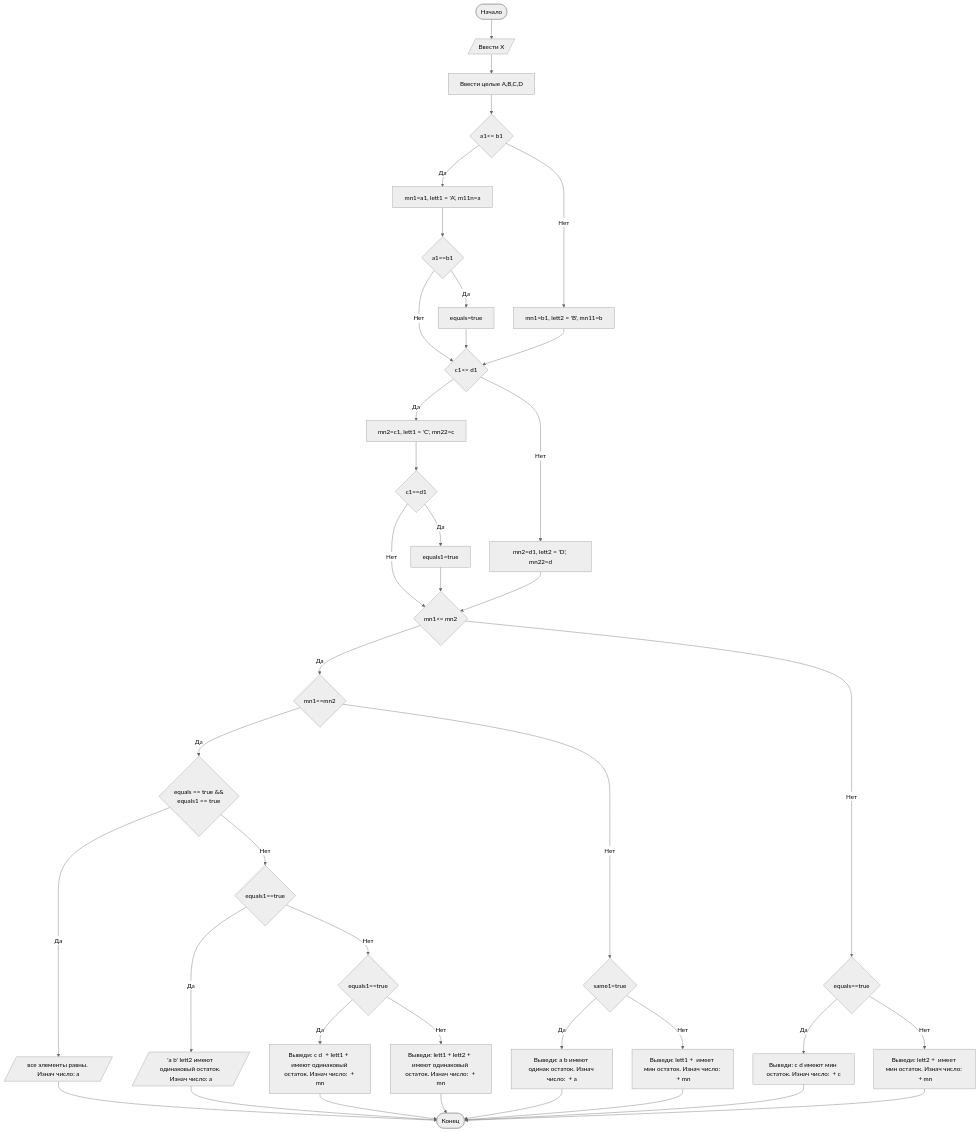
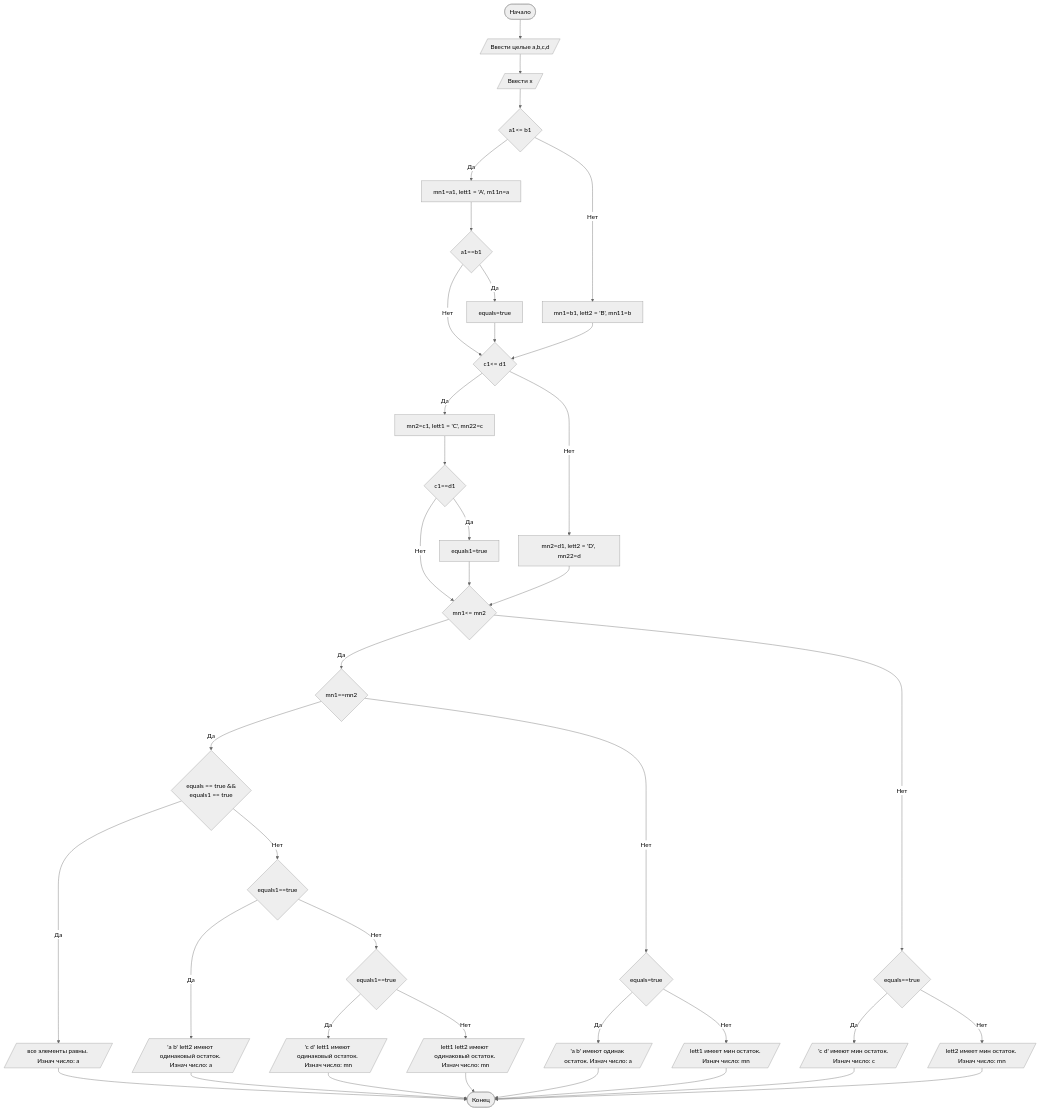
One commit to vadimrahma123/Lab1 changed the diagram in README.md. Above: the diagram before and after it, drawn with Mermaid (neutral theme).

````diff
--- a/README.md
+++ b/README.md
@@ -96,42 +96,42 @@
 ```mermaid
 graph TD
- A([Начало]) --> B[/Ввести X/]
- B --> D[Ввести целые A,B,C,D]
+ A([Начало]) --> B[/Ввести целые a,b,c,d/]
+ B --> D[/Ввести x/]
  D --> F{a1<= b1}
  F -- "Да" --> F3[mn1=a1,  lett1 = 'A', m11n=a]
  F -- "Нет" --> F4[mn1=b1, lett2 = 'B', mn11=b]
  F3 --> F1{a1==b1}
  F1 -- "Да" --> F2[equals=true]
  F1 -- "Нет" --> G{с1<= d1}
  F2 --> G
  F4 --> G
  G -- "Да" --> G3[mn2=c1, lett1 = 'C', mn22=c]
  G -- "Нет" --> G4[mn2=d1, lett2 = 'D', mn22=d]
  G3 --> G1{c1==d1}
  G1 -- "Да" --> G2[equals1=true]
  G1 -- "Нет" --> K{mn1<= mn2}
  G2 --> K
  G4 --> K
  K -- "Да" --> K1{mn1==mn2}
  K1 -- "Да" --> K2{equals == true && </br> equals1 == true}
  K2 -- "Да" --> P1[/все элементы равны. Изнач число: a/]
  K2 -- "Нет" --> K4{equals1==true}
  K4 -- "Да" --> P2[/'a b' lett2 имеют одинаковый остаток. Изнач число: a/]
  K4 -- "Нет" --> K5{equals1==true}
- K5 -- "Да" --> P3[Выведи: c d  + lett1 +  имеют одинаковый остаток. Изнач число:  + mn]
- K5 -- "Нет" --> P4[Выведи: lett1 + lett2 +  имеют одинаковый остаток. Изнач число:  + mn]
- K1 -- "Нет" --> K7{same1=true}
- K7 -- "Да" --> P7[Выведи: a b имеют одинак остаток. Изнач число:  + a]
- K7 -- "Нет" --> P8[Выведи: lett1 +  имеет мин остаток. Изнач число:  + mn]
+ K5 -- "Да" --> P3[/'c d' lett1 имеют одинаковый остаток. Изнач число: mn/]
+ K5 -- "Нет" --> P4[/lett1 lett2 имеют одинаковый остаток. Изнач число: mn/]
+ K1 -- "Нет" --> K7{equals=true}
+ K7 -- "Да" --> P7[/'a b' имеют одинак остаток. Изнач число: a/]
+ K7 -- "Нет" --> P8[/lett1 имеет мин остаток. Изнач число: mn/]
  K -- "Нет" --> K9{equals==true}
- K9 -- "Да" --> P9[Выведи: c d имеют мин остаток. Изнач число:  + c]
- K9 -- "Нет" --> P10[Выведи: lett2 +  имеет мин остаток. Изнач число:  + mn]
+ K9 -- "Да" --> P9[/'c d' имеют мин остаток. Изнач число: c/]
+ K9 -- "Нет" --> P10[/lett2 имеет мин остаток. Изнач число: mn/]
  P1 --> Z([Конец])
  P2 --> Z
  P3 --> Z
  P4 --> Z
  P7 --> Z
  P8 --> Z
  P9 --> Z
  P10 --> Z
 ```
````
